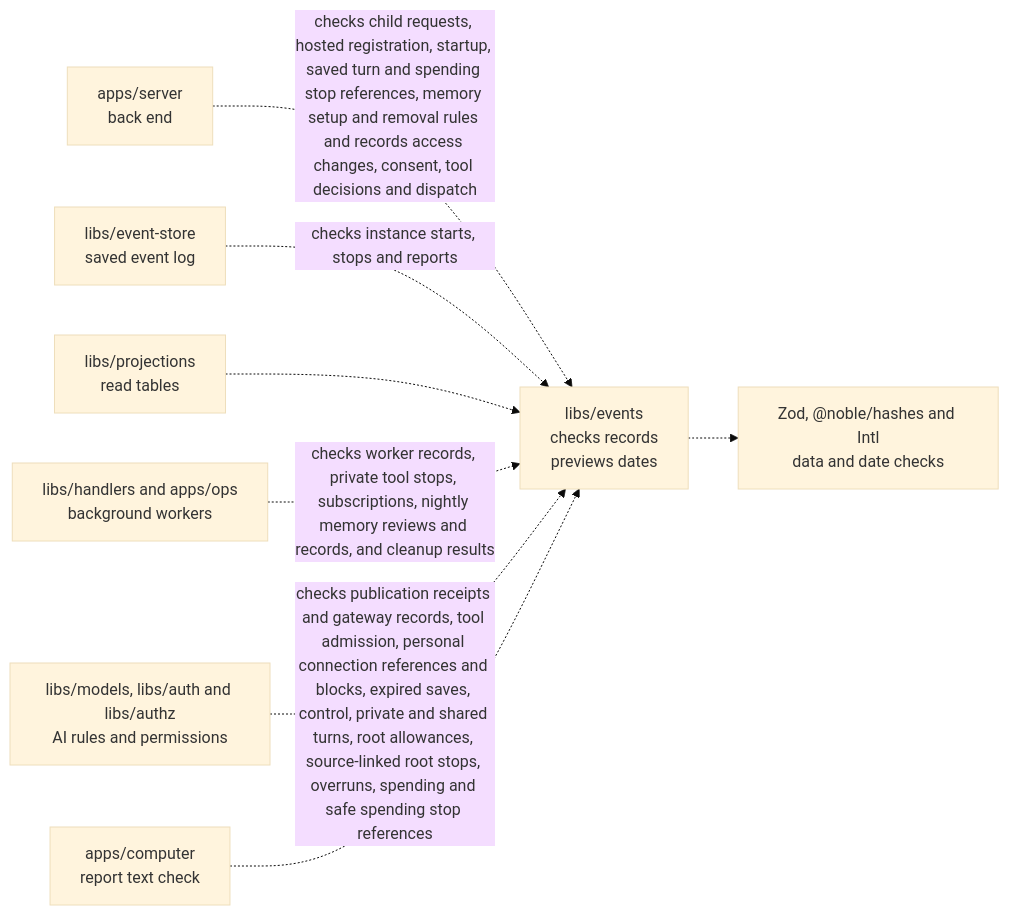
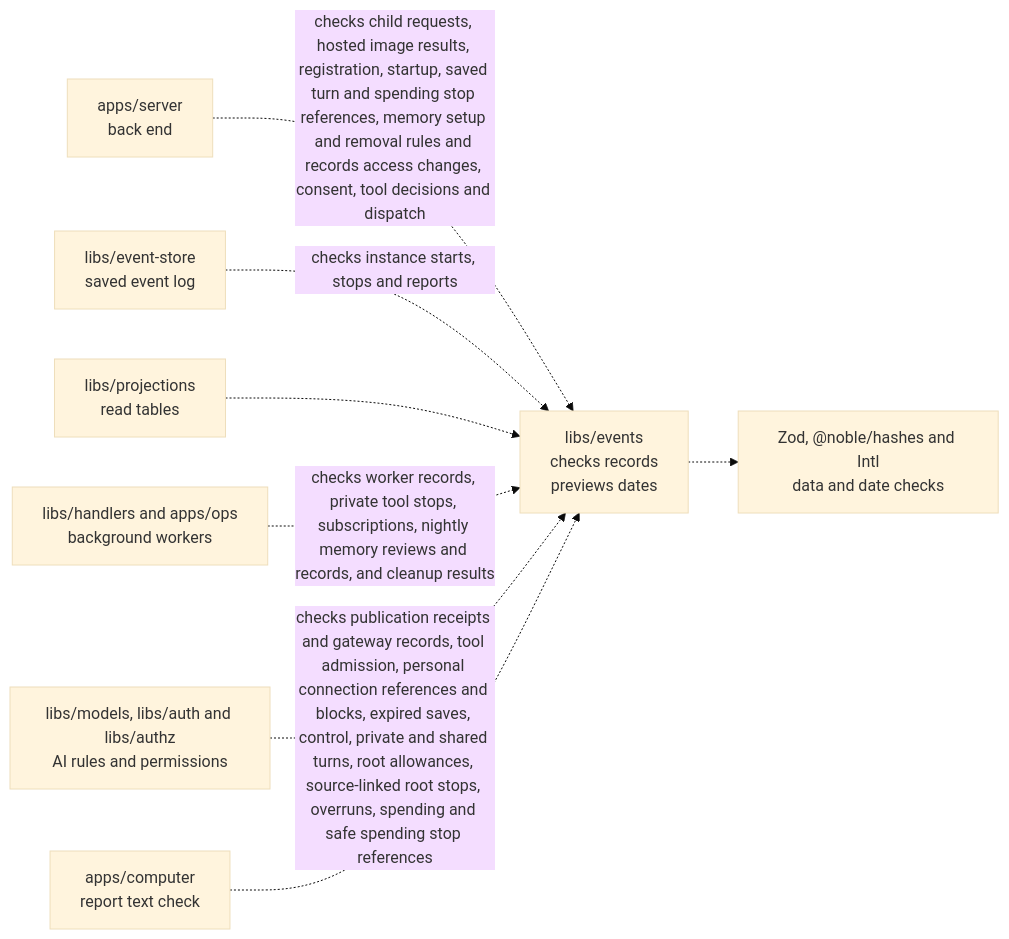
One commit to elewa-git/opencrane-new changed the diagram in libs/events/README.md. Above: the diagram before and after it, drawn with Mermaid (base theme). The commit also changed other lines of this file and 22 other files, not shown here.

Commit message:
📦 Record dated hosted image admission and expose admin status

````diff
--- a/libs/events/README.md
+++ b/libs/events/README.md
@@ -27,10 +27,10 @@
 ```mermaid
 flowchart LR
-  server["apps/server<br/>back end"] -.->|checks child requests, hosted registration, startup, saved turn and spending stop references, memory setup and removal rules and records access changes, consent, tool decisions and dispatch| events["libs/events<br/>checks records<br/>previews dates"]
+  server["apps/server<br/>back end"] -.->|checks child requests, hosted image results, registration, startup, saved turn and spending stop references, memory setup and removal rules and records access changes, consent, tool decisions and dispatch| events["libs/events<br/>checks records<br/>previews dates"]
   store["libs/event-store<br/>saved event log"] -.->|checks instance starts, stops and reports| events
   projections["libs/projections<br/>read tables"] -.-> events
   workers["libs/handlers and apps/ops<br/>background workers"] -.->|checks worker records, private tool stops, subscriptions, nightly memory reviews and records, and cleanup results| events
   others["libs/models, libs/auth and libs/authz<br/>AI rules and permissions"] -.->|checks publication receipts and gateway records, tool admission, personal connection references and blocks, expired saves, control, private and shared turns, root allowances, source-linked root stops, overruns, spending and safe spending stop references| events
   computer["apps/computer<br/>report text check"] -.-> events
   events -.-> checks["Zod, @noble/hashes and Intl<br/>data and date checks"]
 ```
````
